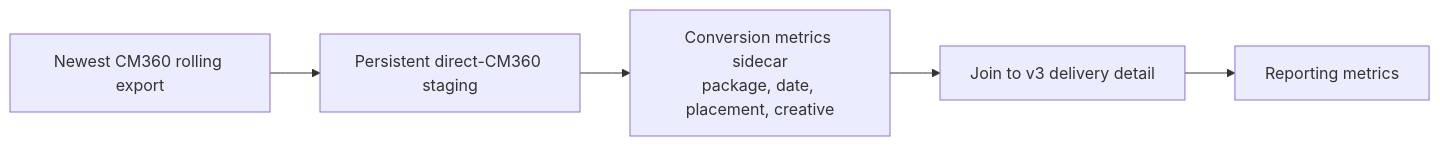
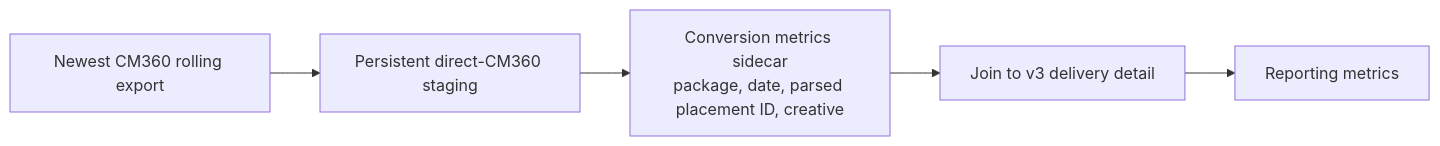
One commit to genetsen/looker_personal changed the diagram in master_data_model/docs/rtl-direct-cm360-conversion-migration.md. Above: the diagram before and after it, drawn with Mermaid. The commit also changed other lines of this file and 7 other files, not shown here.

````diff
--- a/master_data_model/docs/rtl-direct-cm360-conversion-migration.md
+++ b/master_data_model/docs/rtl-direct-cm360-conversion-migration.md
@@ -36,7 +37,7 @@
 ```mermaid
 flowchart LR
   A["Newest CM360 rolling export"] --> B["Persistent direct-CM360 staging"]
-  B --> C["Conversion metrics sidecar\npackage, date, placement, creative"]
+  B --> C["Conversion metrics sidecar\npackage, date, parsed placement ID, creative"]
   C --> D["Join to v3 delivery detail"]
   D --> E["Reporting metrics"]
 ```
````
